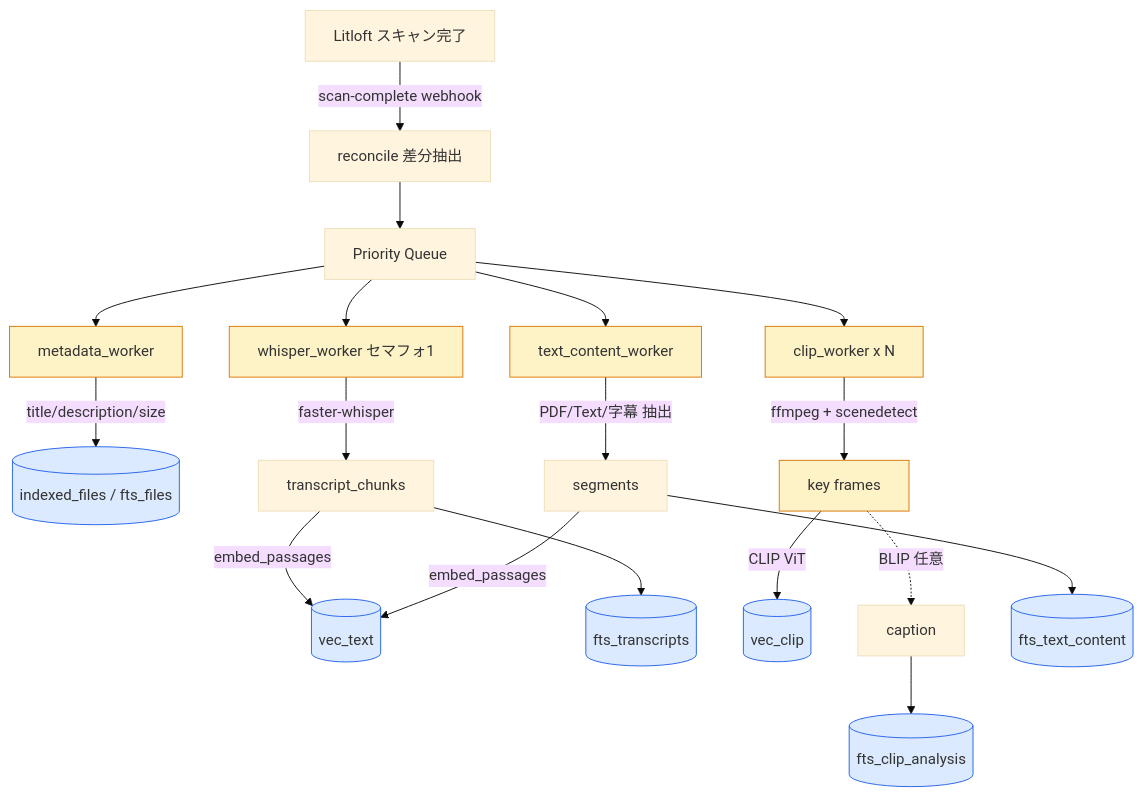
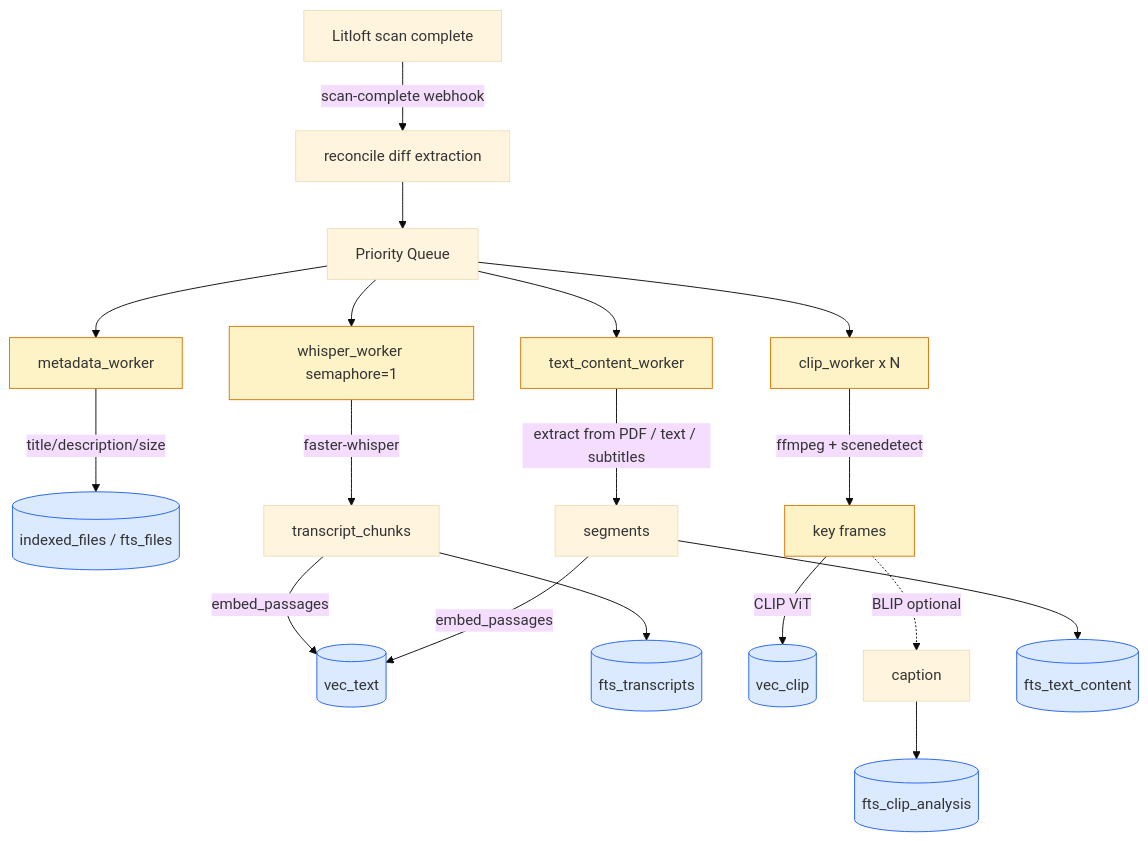
The fourth of 6 diagrams in docs/FEATURE-MAP.md (mamepenguin/Litloft), drawn with Mermaid (base theme) before and after one commit. The commit also changed other lines of this file and 11 other files, not shown here.

````diff
--- a/docs/FEATURE-MAP.md
+++ b/docs/FEATURE-MAP.md
@@ -153,29 +153,29 @@
 ```mermaid
 flowchart TD
-  A[Litloft スキャン完了] -->|scan-complete webhook| B[reconcile 差分抽出]
+  A[Litloft scan complete] -->|scan-complete webhook| B[reconcile diff extraction]
   B --> Q[Priority Queue]
 
   Q --> M[metadata_worker]
-  Q --> W[whisper_worker セマフォ1]
+  Q --> W[whisper_worker semaphore=1]
   Q --> C[clip_worker x N]
   Q --> T[text_content_worker]
 
   M -->|title/description/size| DB1[(indexed_files / fts_files)]
 
   W -->|faster-whisper| WR[transcript_chunks]
   WR -->|embed_passages| V1[(vec_text)]
   WR --> DB2[(fts_transcripts)]
 
   C -->|ffmpeg + scenedetect| F[key frames]
   F -->|CLIP ViT| V2[(vec_clip)]
-  F -.BLIP 任意.-> CAP[caption] --> DB3[(fts_clip_analysis)]
+  F -.BLIP optional.-> CAP[caption] --> DB3[(fts_clip_analysis)]
 
-  T -->|PDF/Text/字幕 抽出| TS[segments]
+  T -->|extract from PDF / text / subtitles| TS[segments]
   TS -->|embed_passages| V1
   TS --> DB4[(fts_text_content)]
 
   classDef model fill:#fef3c7,stroke:#d97706
   classDef db fill:#dbeafe,stroke:#2563eb
   class M,W,C,T,F model
   class DB1,DB2,DB3,DB4,V1,V2 db
 ```
````
